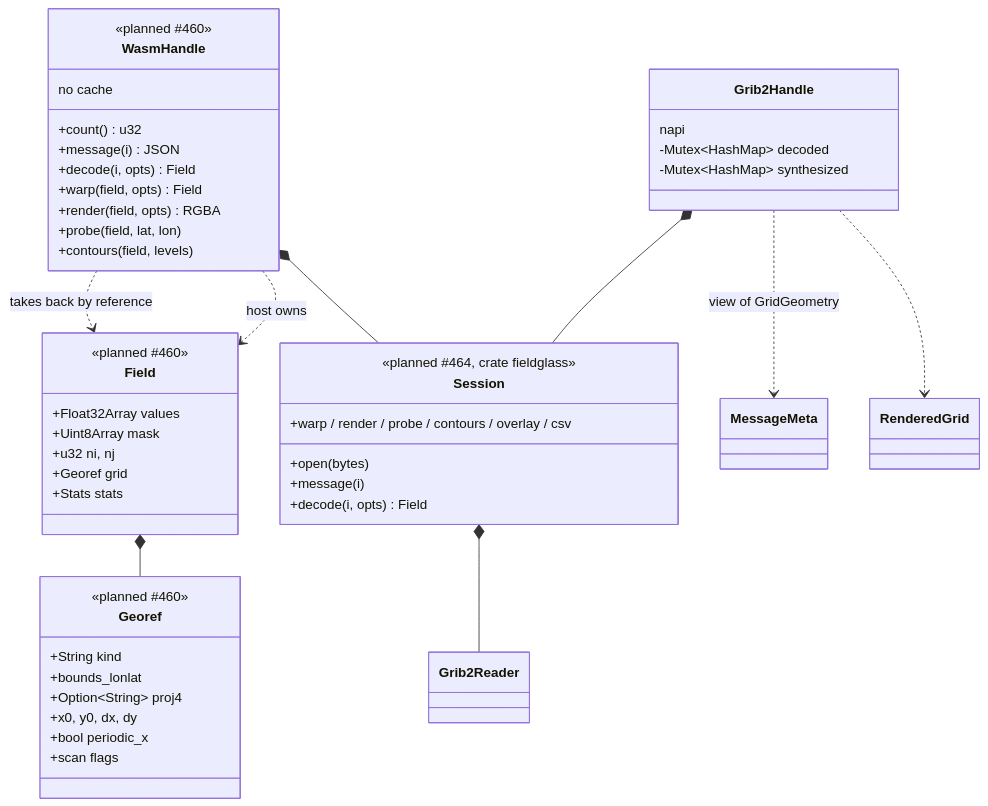
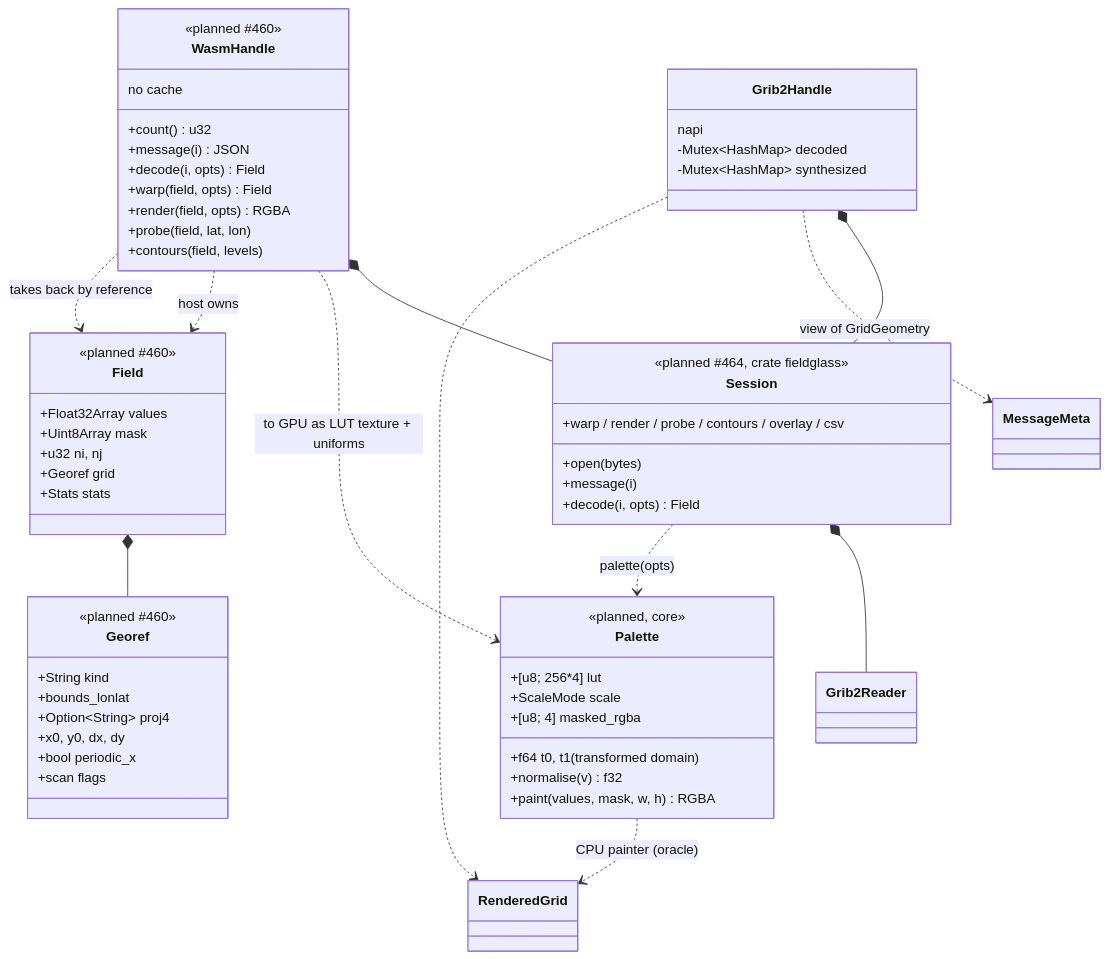
Before and after one commit to D0ubleD0uble/fieldglass: the fourth of 4 diagrams in docs/architecture/planned/03-composition.md, drawn with Mermaid. The commit also changed other lines of this file and 3 other files, not shown here.

First line of the commit message:
docs: colour is decided once — Palette in ADR-0006 and the planned graphs

````diff
--- a/docs/architecture/planned/03-composition.md
+++ b/docs/architecture/planned/03-composition.md
@@ -92,51 +92,63 @@
 ```mermaid
 classDiagram
     class Grib2Handle {
         napi
         -Mutex~HashMap~ decoded
         -Mutex~HashMap~ synthesized
     }
     class WasmHandle {
         <<planned #460>>
         no cache
         +count() u32
         +message(i) JSON
         +decode(i, opts) Field
         +warp(field, opts) Field
         +render(field, opts) RGBA
         +probe(field, lat, lon)
         +contours(field, levels)
     }
     class Field {
         <<planned #460>>
         +Float32Array values
         +Uint8Array mask
         +u32 ni, nj
         +Georef grid
         +Stats stats
     }
     class Georef {
         <<planned #460>>
         +String kind
         +bounds_lonlat
         +Option~String~ proj4
         +x0, y0, dx, dy
         +bool periodic_x
         +scan flags
     }
     class Session {
         <<planned #464, crate fieldglass>>
         +open(bytes)
         +message(i)
         +decode(i, opts) Field
         +warp / render / probe / contours / overlay / csv
     }
+    class Palette {
+        <<planned, core>>
+        +[u8; 256*4] lut
+        +f64 t0, t1 (transformed domain)
+        +ScaleMode scale
+        +[u8; 4] masked_rgba
+        +normalise(v) f32
+        +paint(values, mask, w, h) RGBA
+    }
     Grib2Handle *-- Session
     WasmHandle *-- Session
     Session *-- Grib2Reader
+    Session ..> Palette : palette(opts)
+    Palette ..> RenderedGrid : CPU painter (oracle)
+    WasmHandle ..> Palette : to GPU as LUT texture + uniforms
     Grib2Handle ..> MessageMeta : view of GridGeometry
     Grib2Handle ..> RenderedGrid
     WasmHandle ..> Field : host owns
     Field *-- Georef
     WasmHandle ..> Field : takes back by reference
 ```
````
